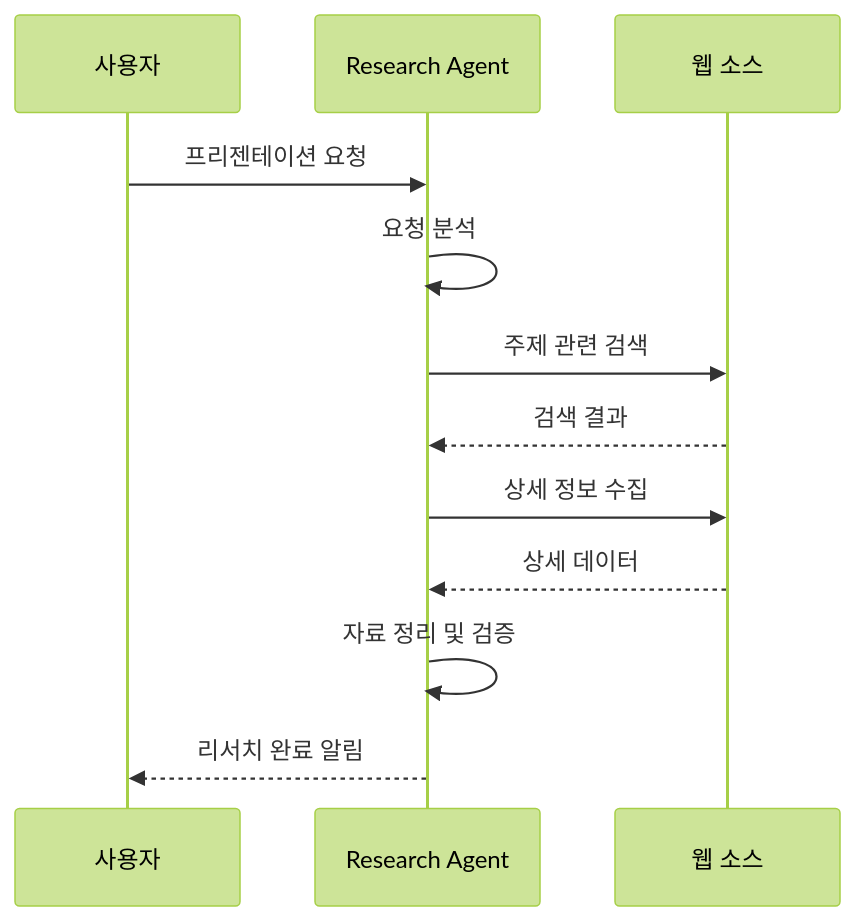
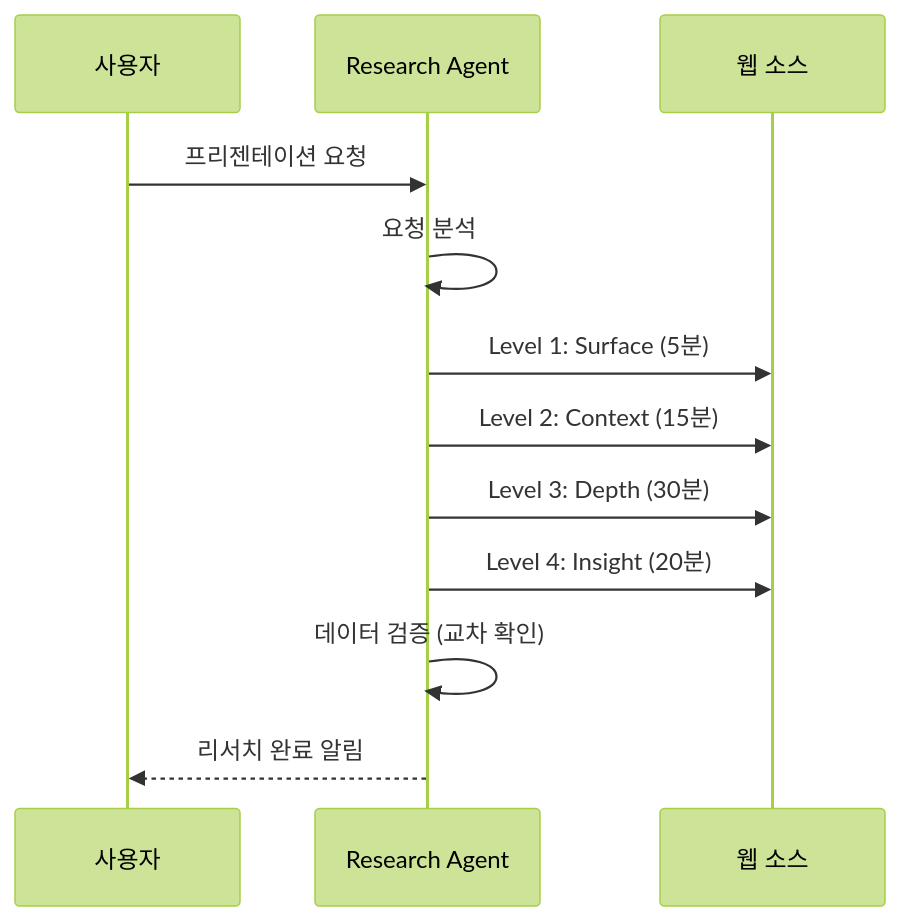
One commit to kimsanguine/vibe changed the first of 5 diagrams in ppt-agent-team/workflows/ppt_workflow.md. Above: the diagram before and after it, drawn with Mermaid (forest theme). The commit also changed other lines of this file and 4 other files, not shown here.

````diff
--- a/ppt-agent-team/workflows/ppt_workflow.md
+++ b/ppt-agent-team/workflows/ppt_workflow.md
@@ -61,15 +83,15 @@
 ```mermaid
 sequenceDiagram
     participant User as 사용자
     participant RA as Research Agent
     participant Web as 웹 소스
 
     User->>RA: 프리젠테이션 요청
     RA->>RA: 요청 분석
-    RA->>Web: 주제 관련 검색
-    Web-->>RA: 검색 결과
-    RA->>Web: 상세 정보 수집
-    Web-->>RA: 상세 데이터
-    RA->>RA: 자료 정리 및 검증
+    RA->>Web: Level 1: Surface (5분)
+    RA->>Web: Level 2: Context (15분)
+    RA->>Web: Level 3: Depth (30분)
+    RA->>Web: Level 4: Insight (20분)
+    RA->>RA: 데이터 검증 (교차 확인)
     RA-->>User: 리서치 완료 알림
 ```
````
